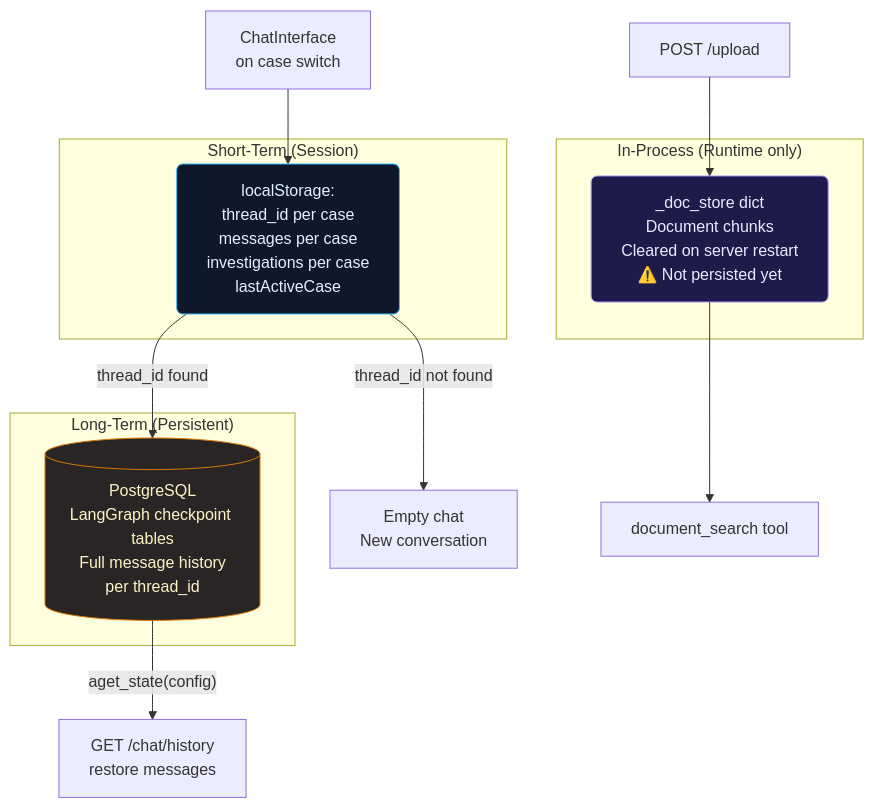
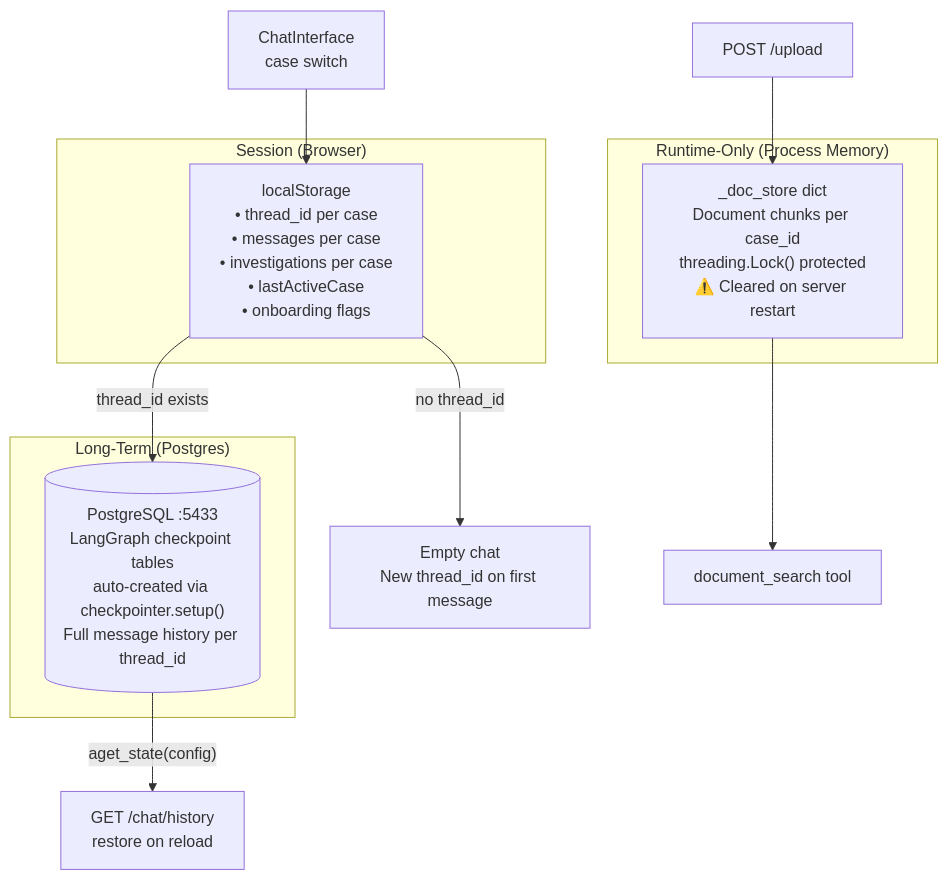
One commit to RAJ-ARYAN-NITK/bakerStreet221B.ai changed the fifth of 5 diagrams in README.md. Above: the diagram before and after it, drawn with Mermaid. The commit also changed other lines of this file and 5 other files, not shown here.

Commit message:
implement welcome modal and onboarding sequence with expanded system architecture documentation

````diff
--- a/README.md
+++ b/README.md
@@ -258,25 +285,21 @@
 ```mermaid
 flowchart TD
-    classDef short fill:#0f172a,stroke:#38bdf8,color:#e0f2fe,rx:6
-    classDef long fill:#292524,stroke:#d97706,color:#fef3c7,rx:6
-    classDef session fill:#1e1b4b,stroke:#a78bfa,color:#ede9fe,rx:6
-
-    subgraph "Short-Term (Session)"
-        LS1["localStorage:\nthread_id per case\nmessages per case\ninvestigations per case\nlastActiveCase"]:::short
+    subgraph "Session (Browser)"
+        LS["localStorage\n• thread_id per case\n• messages per case\n• investigations per case\n• lastActiveCase\n• onboarding flags"]
     end
 
-    subgraph "Long-Term (Persistent)"
-        PG2[("PostgreSQL\nLangGraph checkpoint tables\nFull message history\nper thread_id")]:::long
+    subgraph "Long-Term (Postgres)"
+        PG[("PostgreSQL :5433\nLangGraph checkpoint tables\nauto-created via checkpointer.setup()\nFull message history per thread_id")]
     end
 
-    subgraph "In-Process (Runtime only)"
-        MEM["_doc_store dict\nDocument chunks\nCleared on server restart\n⚠️ Not persisted yet"]:::session
+    subgraph "Runtime-Only (Process Memory)"
+        MEM["_doc_store dict\nDocument chunks per case_id\nthreading.Lock() protected\n⚠️ Cleared on server restart"]
     end
 
-    CI2["ChatInterface\non case switch"] --> LS1
-    LS1 -->|"thread_id found"| PG2
-    PG2 -->|"aget_state(config)"| HIST["GET /chat/history\nrestore messages"]
-    LS1 -->|"thread_id not found"| EMPTY["Empty chat\nNew conversation"]
-    UPL2["POST /upload"] --> MEM
-    MEM --> DS2["document_search tool"]
+    CI["ChatInterface\ncase switch"] --> LS
+    LS -->|"thread_id exists"| PG
+    PG -->|"aget_state(config)"| HIST["GET /chat/history\nrestore on reload"]
+    LS -->|"no thread_id"| EMPTY["Empty chat\nNew thread_id on first message"]
+    UPL["POST /upload"] --> MEM
+    MEM --> DS["document_search tool"]
 ```
````
